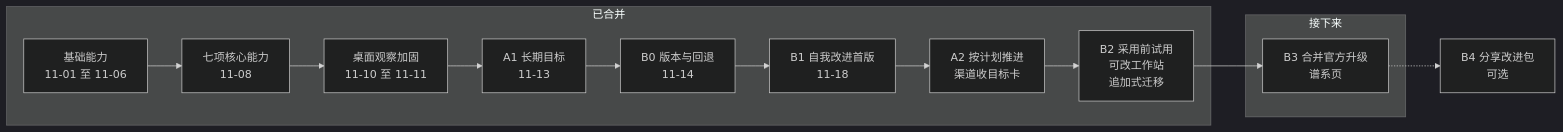
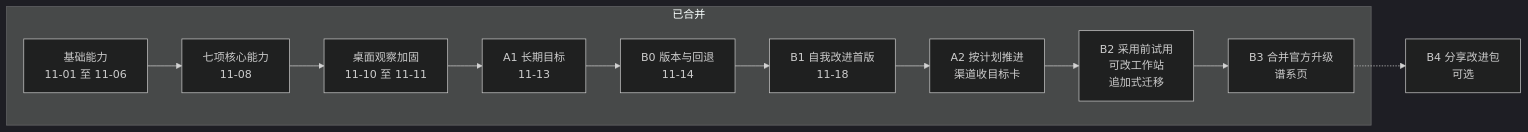
Before and after one commit to wudilyy999/owndesk: the diagram in docs/ROADMAP.md, drawn with Mermaid (dark theme). The commit also changed other lines of this file and 23 other files, not shown here.

````diff
--- a/docs/ROADMAP.md
+++ b/docs/ROADMAP.md
@@ -7,17 +7,14 @@
 ```mermaid
 flowchart LR
     subgraph done[已合并]
         F[基础能力<br/>11-01 至 11-06] --> S7[七项核心能力<br/>11-08]
         S7 --> CUA[桌面观察加固<br/>11-10 至 11-11]
         CUA --> A1[A1 长期目标<br/>11-13]
         A1 --> B0[B0 版本与回退<br/>11-14]
         B0 --> B1[B1 自我改进首版<br/>11-18]
         B1 --> A2[A2 按计划推进<br/>渠道收目标卡]
         A2 --> B2[B2 采用前试用<br/>可改工作站<br/>追加式迁移]
+        B2 --> B3[B3 合并官方升级<br/>谱系页]
     end
-    subgraph next[接下来]
-        B3[B3 合并官方升级<br/>谱系页]
-    end
-    B2 --> B3
     B3 -.-> B4[B4 分享改进包<br/>可选]
 ```
````
